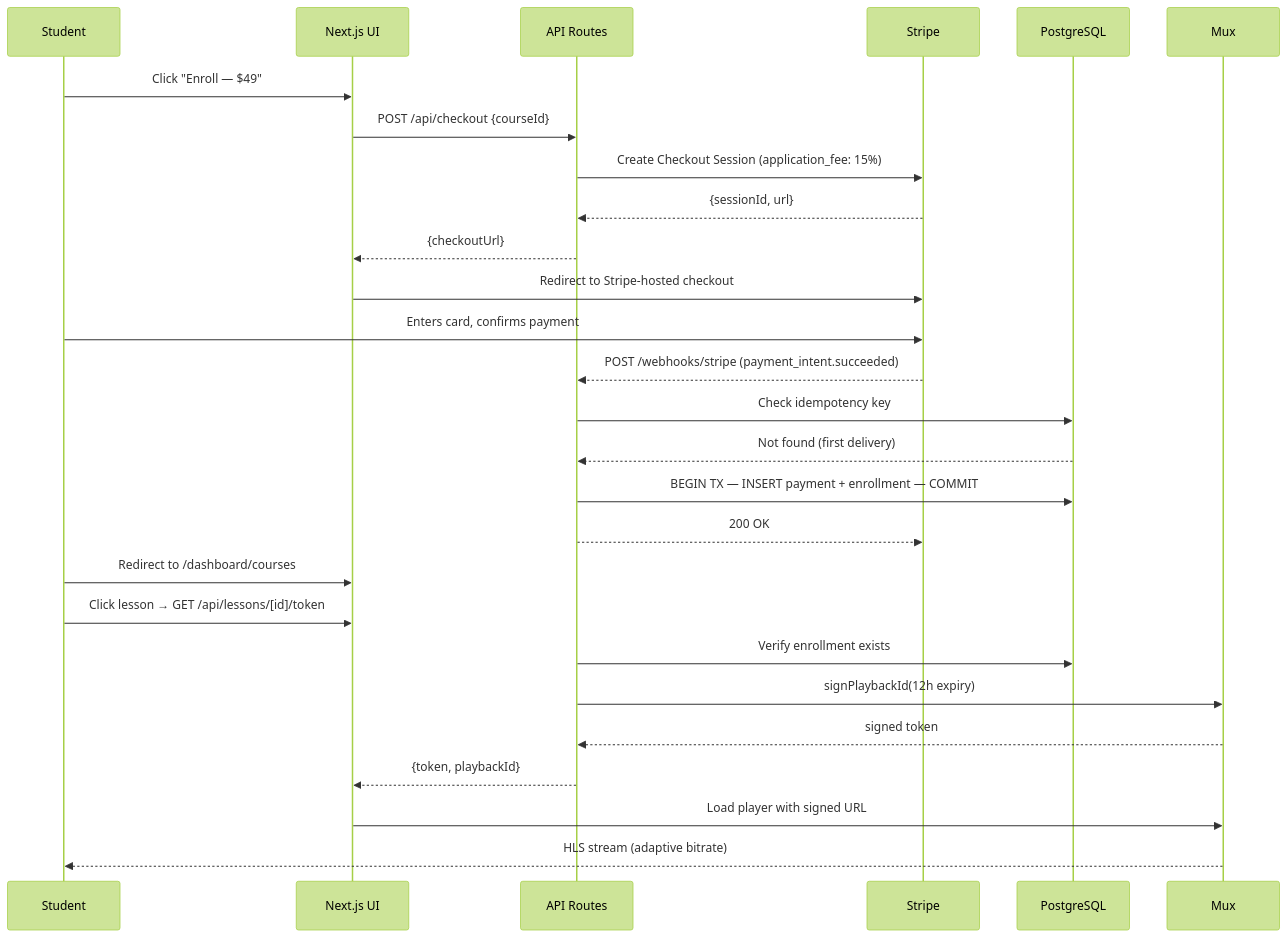
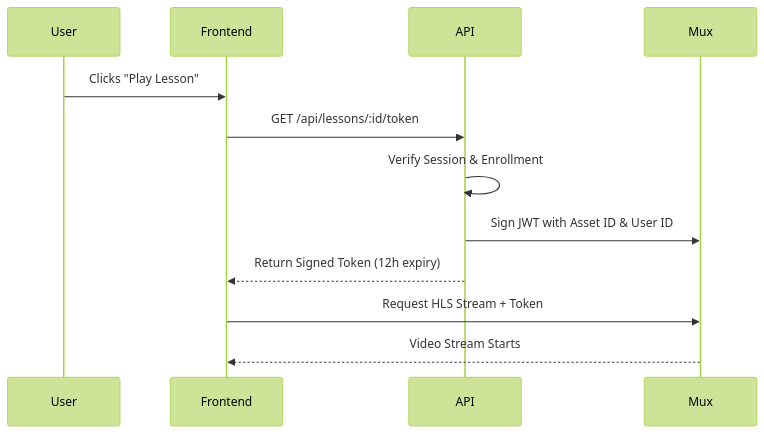
One commit to moses-Dera/learny changed the second of 4 diagrams in CASE_STUDY.mdx. Above: the diagram before and after it, drawn with Mermaid (forest theme). The commit also changed other lines of this file and 97 other files, not shown here.

Commit message:
feat: implement initial LMS platform architecture, core authentication, course management, and routing infrastructure

````diff
--- a/CASE_STUDY.mdx
+++ b/CASE_STUDY.mdx
@@ -168,30 +94,15 @@
 ```mermaid
 sequenceDiagram
-    participant S as Student
-    participant UI as Next.js UI
-    participant API as API Routes
-    participant Stripe
-    participant DB as PostgreSQL
+    participant User
+    participant Frontend
+    participant API
     participant Mux
 
-    S->>UI: Click "Enroll — $49"
-    UI->>API: POST /api/checkout {courseId}
-    API->>Stripe: Create Checkout Session (application_fee: 15%)
-    Stripe-->>API: {sessionId, url}
-    API-->>UI: {checkoutUrl}
-    UI->>Stripe: Redirect to Stripe-hosted checkout
-    S->>Stripe: Enters card, confirms payment
-    Stripe-->>API: POST /webhooks/stripe (payment_intent.succeeded)
-    API->>DB: Check idempotency key
-    DB-->>API: Not found (first delivery)
-    API->>DB: BEGIN TX — INSERT payment + enrollment — COMMIT
-    API-->>Stripe: 200 OK
-    S->>UI: Redirect to /dashboard/courses
-    S->>UI: Click lesson → GET /api/lessons/[id]/token
-    API->>DB: Verify enrollment exists
-    API->>Mux: signPlaybackId(12h expiry)
-    Mux-->>API: signed token
-    API-->>UI: {token, playbackId}
-    UI->>Mux: Load player with signed URL
-    Mux-->>S: HLS stream (adaptive bitrate)
+    User->>Frontend: Clicks "Play Lesson"
+    Frontend->>API: GET /api/lessons/:id/token
+    API->>API: Verify Session & Enrollment
+    API->>Mux: Sign JWT with Asset ID & User ID
+    API-->>Frontend: Return Signed Token (12h expiry)
+    Frontend->>Mux: Request HLS Stream + Token
+    Mux-->>Frontend: Video Stream Starts
 ```
````
